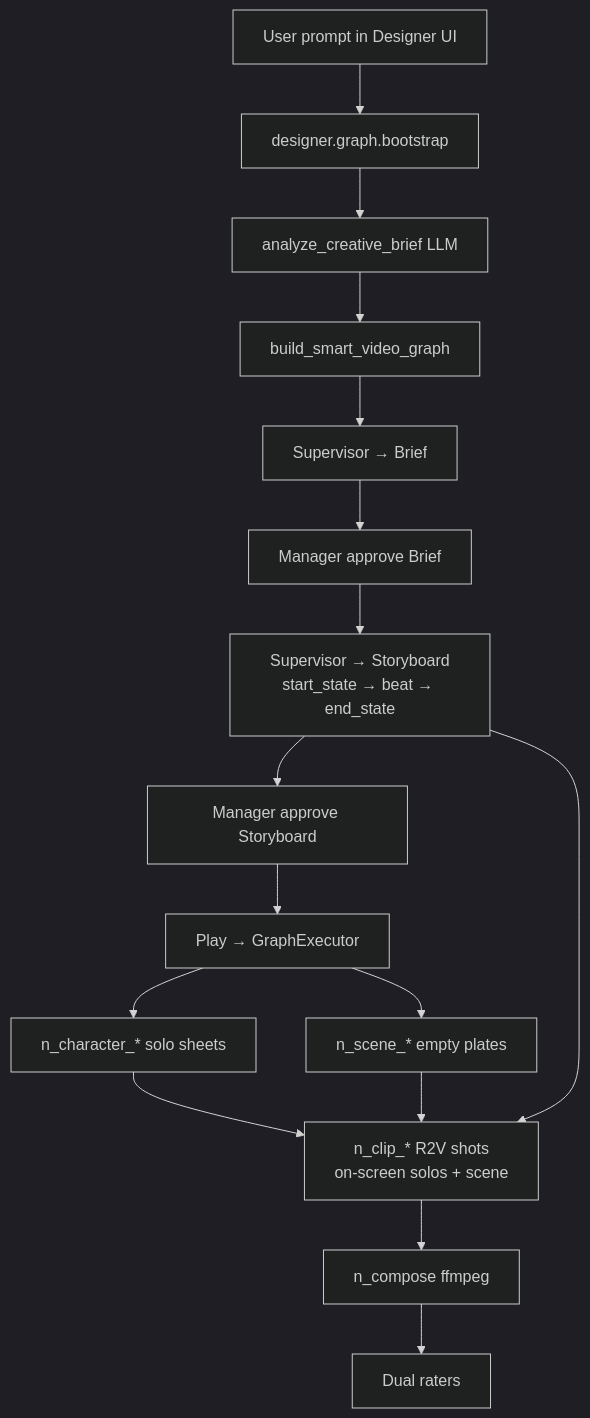
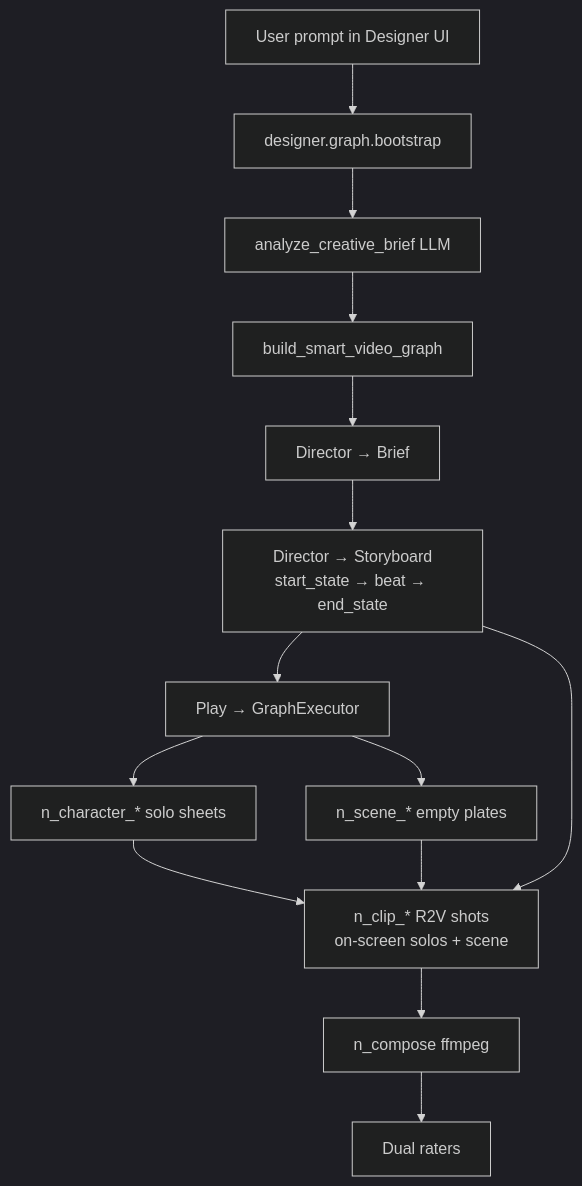
One commit to openJiuwen-ai/agent-gateway changed the first of 2 diagrams in README.md. Above: the diagram before and after it, drawn with Mermaid (dark theme). The commit also changed other lines of this file and 82 other files, not shown here.

First line of the commit message:
Design director merged manager supervisor 1.0 (correct way to do #49) (#52)

````diff
--- a/README.md
+++ b/README.md
@@ -14,18 +14,16 @@
 ```mermaid
 flowchart TD
   U["User prompt in Designer UI"] --> BOOT["designer.graph.bootstrap"]
   BOOT --> SA["analyze_creative_brief LLM"]
   SA --> G0["build_smart_video_graph"]
-  G0 --> BR["Supervisor → Brief"]
-  BR --> M1["Manager approve Brief"]
-  M1 --> SB["Supervisor → Storyboard<br/>start_state → beat → end_state"]
-  SB --> M2["Manager approve Storyboard"]
-  M2 --> PLAY["Play → GraphExecutor"]
+  G0 --> BR["Director → Brief"]
+  BR --> SB["Director → Storyboard<br/>start_state → beat → end_state"]
+  SB --> PLAY["Play → GraphExecutor"]
   PLAY --> CHAR["n_character_* solo sheets"]
   PLAY --> SCENE["n_scene_* empty plates"]
   CHAR --> CLIP["n_clip_* R2V shots<br/>on-screen solos + scene"]
   SCENE --> CLIP
   SB --> CLIP
   CLIP --> COMP["n_compose ffmpeg"]
   COMP --> RATE["Dual raters"]
 ```
````
